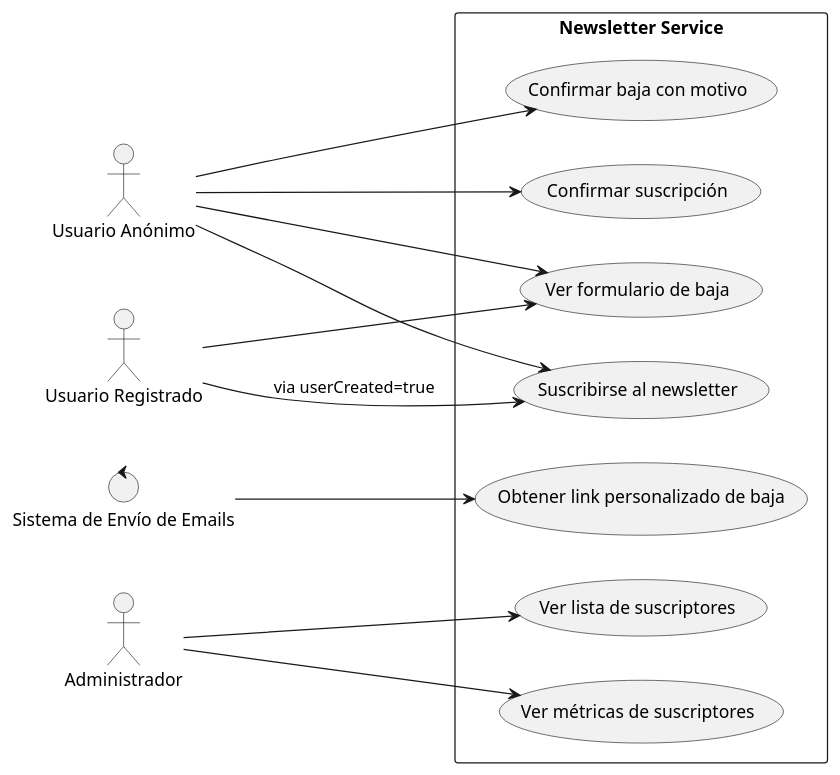
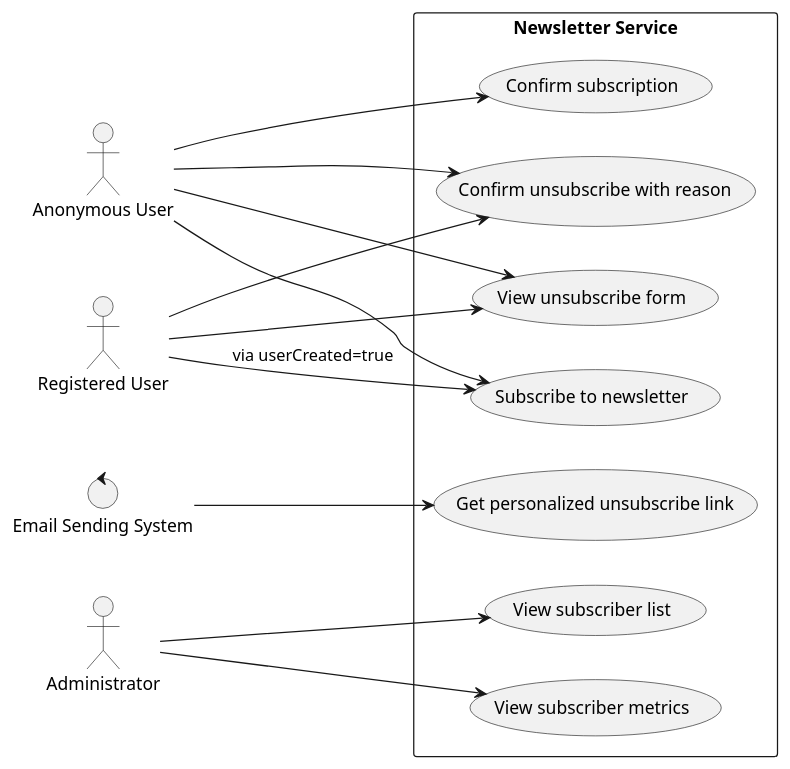
Before and after one commit to raullopezpenalva/Newsletter-Service: the diagram in plantUML/use_case_diagram.puml, drawn with PlantUML. The commit also changed 24 other files, not shown here.

First line of the commit message:
Add Docker support, PostgreSQL configuration, and email service for newsletter management

```diff
--- a/plantUML/use_case_diagram.puml
+++ b/plantUML/use_case_diagram.puml
@@ -1,34 +1,35 @@
 @startuml use_case_diagram
 left to right direction
 skinparam packageStyle rectangle
 
-actor "Usuario Anónimo" as Anonymous
-actor "Usuario Registrado" as Registered
-control "Sistema de Envío de Emails" as EmailSystem
-actor "Administrador" as Admin
+actor "Anonymous User" as Anonymous
+actor "Registered User" as Registered
+control "Email Sending System" as EmailSystem
+actor "Administrator" as Admin
 
 package "Newsletter Service" {
-    usecase "Suscribirse al newsletter" as UC_Subscribe
-    usecase "Confirmar suscripción" as UC_Verify
-    usecase "Ver formulario de baja" as UC_UnsubPage
-    usecase "Confirmar baja con motivo" as UC_UnsubConfirm
-    usecase "Obtener link personalizado de baja" as UC_GenUnsubLink
-    usecase "Ver lista de suscriptores" as UC_ListSubscribers
-    usecase "Ver métricas de suscriptores" as UC_Stats
+    usecase "Subscribe to newsletter" as UC_Subscribe
+    usecase "Confirm subscription" as UC_Verify
+    usecase "View unsubscribe form" as UC_UnsubPage
+    usecase "Confirm unsubscribe with reason" as UC_UnsubConfirm
+    usecase "Get personalized unsubscribe link" as UC_GenUnsubLink
+    usecase "View subscriber list" as UC_ListSubscribers
+    usecase "View subscriber metrics" as UC_Stats
 }
 
-' Relaciones
+' Relationships
 Anonymous --> UC_Subscribe
 Anonymous --> UC_Verify
 Anonymous --> UC_UnsubPage
 Anonymous --> UC_UnsubConfirm
 
 Registered --> UC_Subscribe : via userCreated=true
 Registered --> UC_UnsubPage
+Registered --> UC_UnsubConfirm
 
 EmailSystem --> UC_GenUnsubLink
 
 Admin --> UC_ListSubscribers
 Admin --> UC_Stats
 
 @enduml
```
